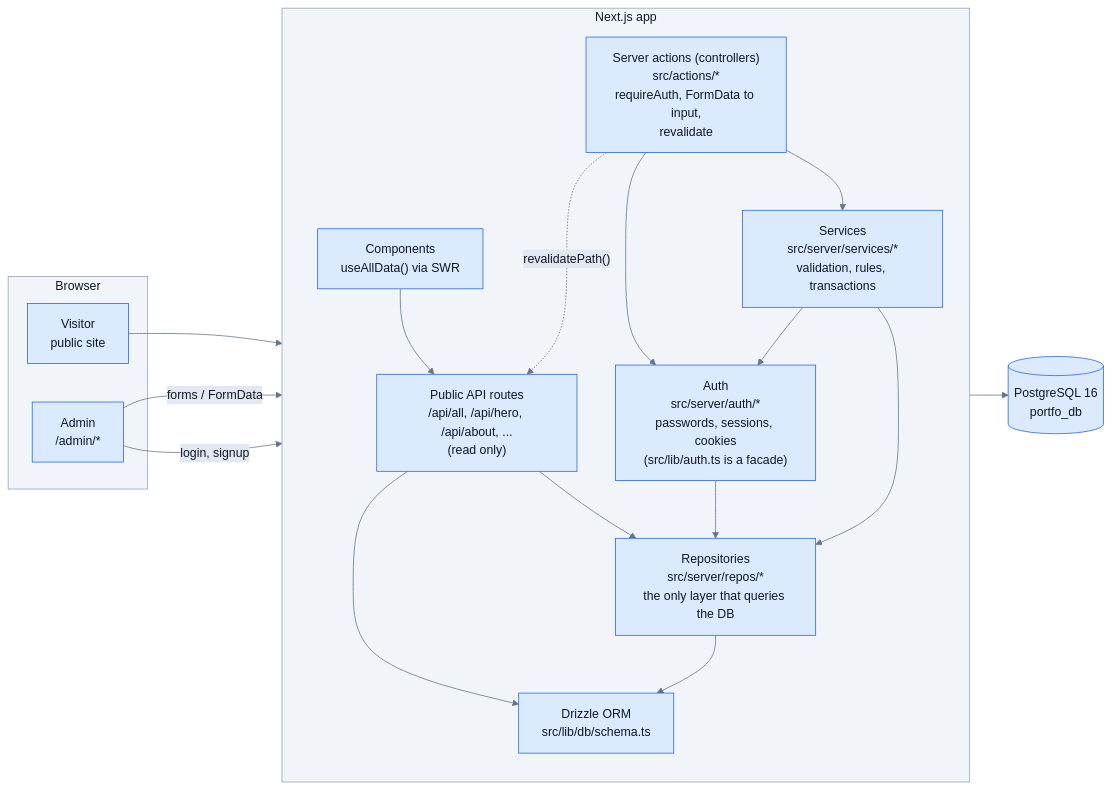
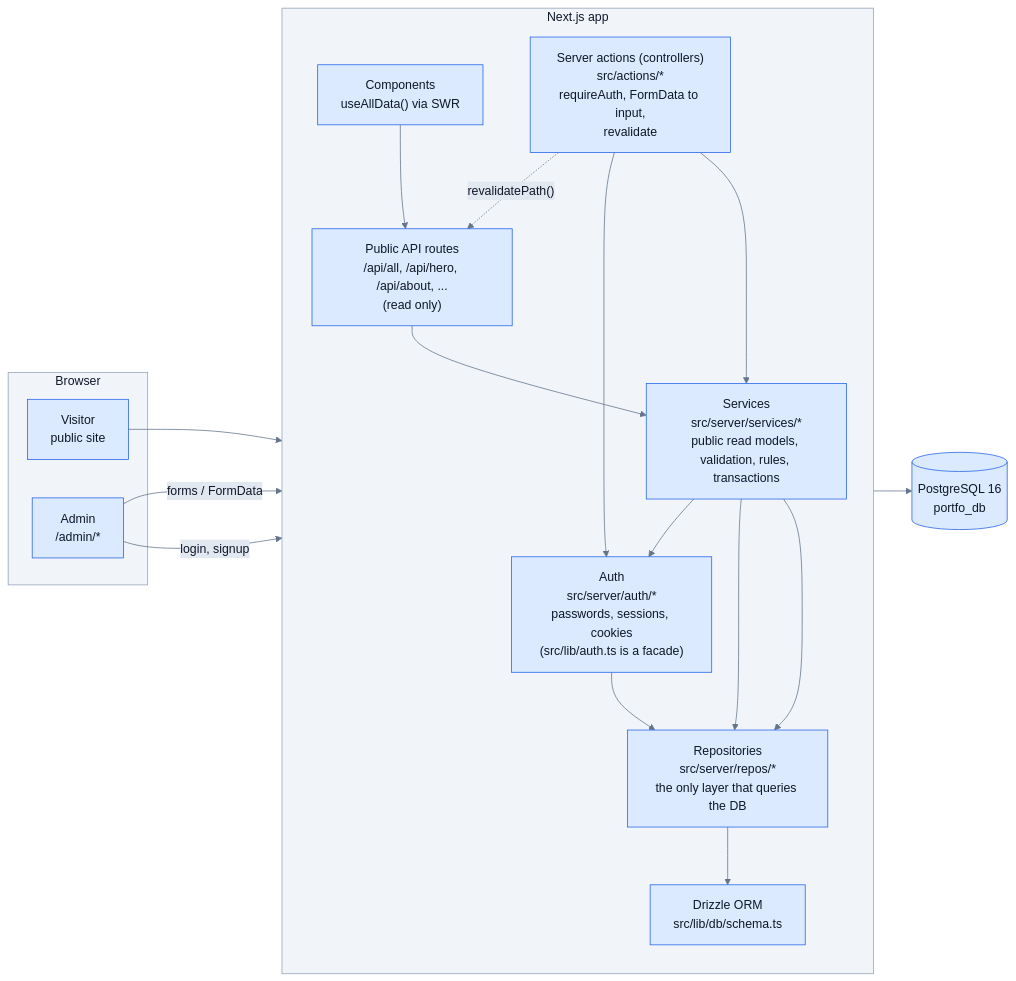
One commit to mhmdsbr/portfolio changed the first of 14 diagrams in docs/database-architecture.md. Above: the diagram before and after it, drawn with Mermaid. The commit also changed other lines of this file and 59 other files, not shown here.

First line of the commit message:
refactor: add public read model, Zod schemas and ActionResult

````diff
--- a/docs/database-architecture.md
+++ b/docs/database-architecture.md
@@ -15,35 +18,34 @@
 ```mermaid
 %%{init: {'theme':'base','themeVariables':{'primaryColor':'#dbeafe','primaryTextColor':'#0f172a','primaryBorderColor':'#2563eb','secondaryColor':'#e0f2fe','tertiaryColor':'#f1f5f9','lineColor':'#64748b','textColor':'#0f172a','mainBkg':'#dbeafe','nodeBorder':'#2563eb','clusterBkg':'#f1f5f9','clusterBorder':'#94a3b8','titleColor':'#0f172a','edgeLabelBackground':'#e2e8f0'}}}%%
 flowchart LR
     subgraph Browser
         V[Visitor<br/>public site]
         A[Admin<br/>/admin/*]
     end
 
     subgraph Next["Next.js app"]
         direction TB
         UI["Components<br/>useAllData() via SWR"]
         API["Public API routes<br/>/api/all, /api/hero, /api/about, ...<br/>(read only)"]
         ACT["Server actions (controllers)<br/>src/actions/*<br/>requireAuth, FormData to input,<br/>revalidate"]
-        SVC["Services<br/>src/server/services/*<br/>validation, rules, transactions"]
+        SVC["Services<br/>src/server/services/*<br/>public read models, validation, rules, transactions"]
         LIB["Repositories<br/>src/server/repos/*<br/>the only layer that queries the DB"]
         AUTH["Auth<br/>src/server/auth/*<br/>passwords, sessions, cookies<br/>(src/lib/auth.ts is a facade)"]
         DRZ["Drizzle ORM<br/>src/lib/db/schema.ts"]
     end
 
     PG[("PostgreSQL 16<br/>portfo_db")]
 
     V --> UI --> API
     A -->|forms / FormData| ACT
     A -->|login, signup| AUTH
     ACT --> SVC --> LIB
-    API --> LIB
+    API --> SVC --> LIB
     ACT --> AUTH
     LIB --> DRZ
-    API --> DRZ
     AUTH --> LIB
     SVC --> AUTH
     DRZ --> PG
 
     ACT -. "revalidatePath()" .-> API
 ```
````
